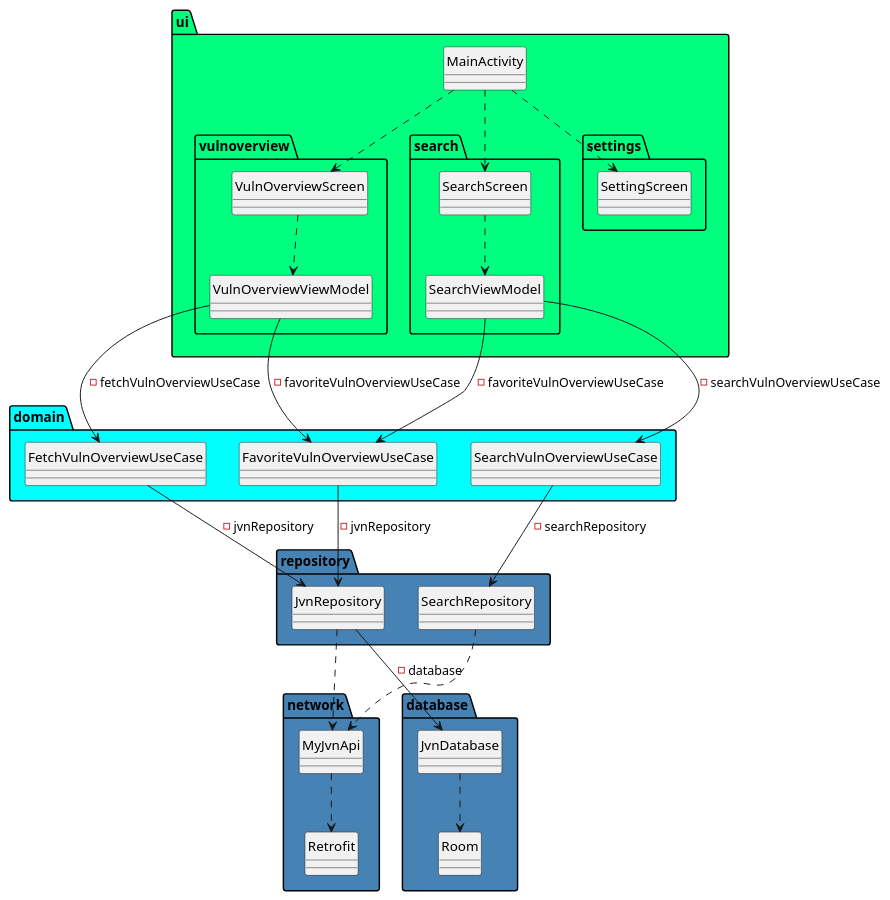
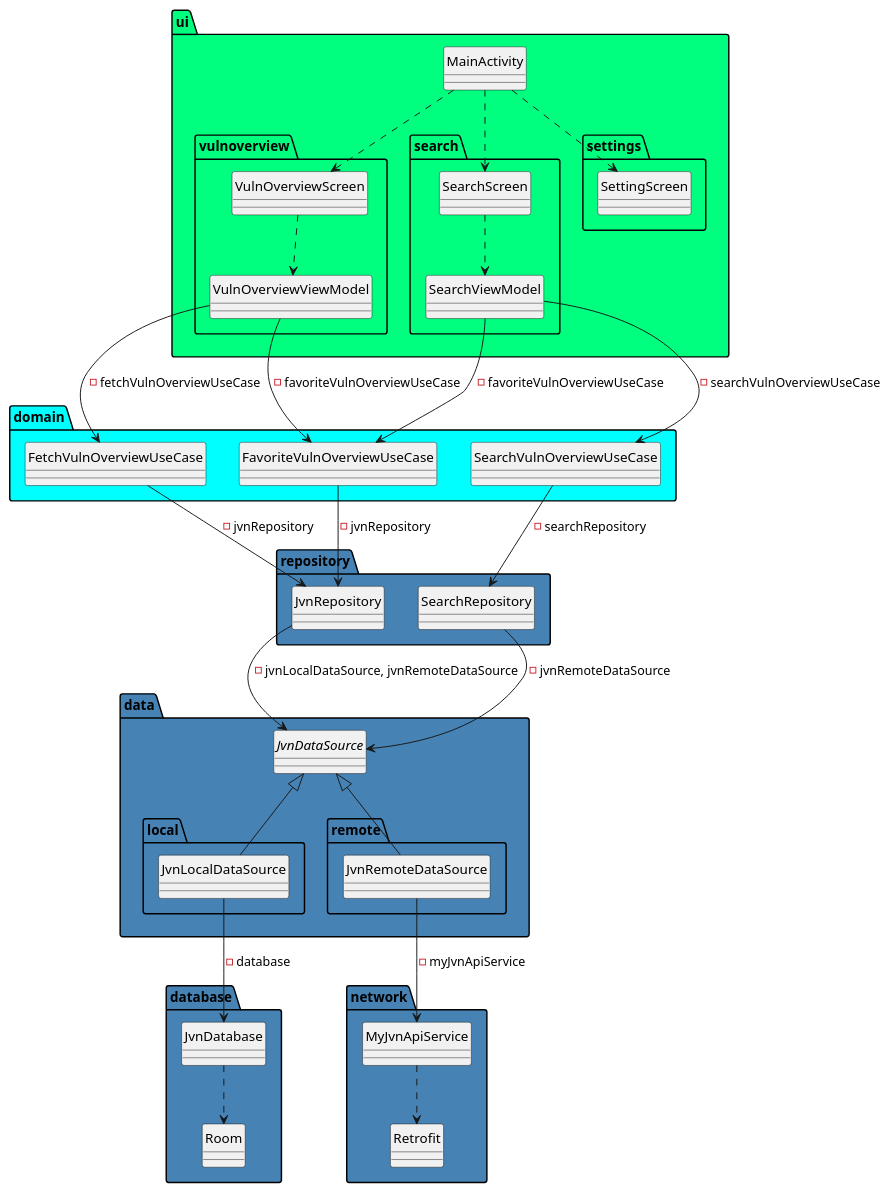
The diagram in docs/class/Class.puml (CASL0/jvnlookup), drawn with PlantUML before and after one commit. The commit also changed 1 other file, not shown here.

Commit message:
クラス図を更新

```diff
--- a/docs/class/Class.puml
+++ b/docs/class/Class.puml
@@ -1,70 +1,87 @@
 @startuml アプリアーキテクチャ
 hide circle
 package "ui" #00ff7f {
     ' UI層
 
     class MainActivity
 
     package "vulnoverview" {
         ' ホーム画面
         class VulnOverviewScreen
         class VulnOverviewViewModel
         VulnOverviewScreen .down.> VulnOverviewViewModel
     }
 
     package "search" {
         ' 検索画面
         class SearchScreen
         class SearchViewModel
         SearchScreen .down.> SearchViewModel
     }
 
     package "settings" {
         ' 設定画面
         annotation SettingScreen
     }
 
     MainActivity .down.> VulnOverviewScreen
     MainActivity .down.> SearchScreen
     MainActivity .down.> SettingScreen
 }
 
 package "domain" #00ffff {
     ' ドメイン層
     class FetchVulnOverviewUseCase
     class FavoriteVulnOverviewUseCase
     class SearchVulnOverviewUseCase
 }
 
 package "repository" #4682b4 {
     class JvnRepository
     class SearchRepository
 }
 
+package "data" #4682b4 {
+    interface JvnDataSource
+
+    package "local" {
+        class JvnLocalDataSource
+    }
+    
+    package "remote" {
+        class JvnRemoteDataSource
+    }
+    
+    JvnDataSource <|-down- JvnLocalDataSource
+    JvnDataSource <|-down- JvnRemoteDataSource
+}
+
 package "network" #4682b4 {
-    class MyJvnApi
+    class MyJvnApiService
     class Retrofit
 }
 
 package "database" #4682b4 {
     class JvnDatabase
     class Room
 }
 
 VulnOverviewViewModel -down-> FetchVulnOverviewUseCase: -fetchVulnOverviewUseCase
 VulnOverviewViewModel -down-> FavoriteVulnOverviewUseCase: -favoriteVulnOverviewUseCase
 SearchViewModel -down-> SearchVulnOverviewUseCase: -searchVulnOverviewUseCase
 SearchViewModel -down-> FavoriteVulnOverviewUseCase: -favoriteVulnOverviewUseCase
 
 FetchVulnOverviewUseCase -down-> JvnRepository: -jvnRepository
 FavoriteVulnOverviewUseCase -down-> JvnRepository: -jvnRepository
 SearchVulnOverviewUseCase -down-> SearchRepository: -searchRepository
 
-JvnRepository .down.> MyJvnApi
-JvnRepository -down-> JvnDatabase: -database
-SearchRepository .down.> MyJvnApi
+JvnRepository -down-> JvnDataSource: -jvnLocalDataSource, jvnRemoteDataSource
+SearchRepository -down-> JvnDataSource: -jvnRemoteDataSource
 
-MyJvnApi .down.> Retrofit
+JvnLocalDataSource -down-> JvnDatabase: -database
+JvnRemoteDataSource -down-> MyJvnApiService: -myJvnApiService
+
+MyJvnApiService .down.> Retrofit
 JvnDatabase .down.> Room
 
 @enduml
```
